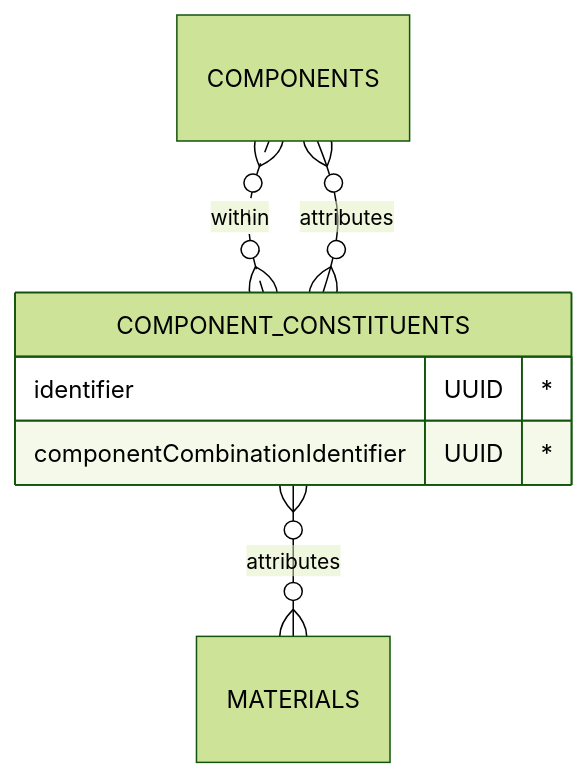
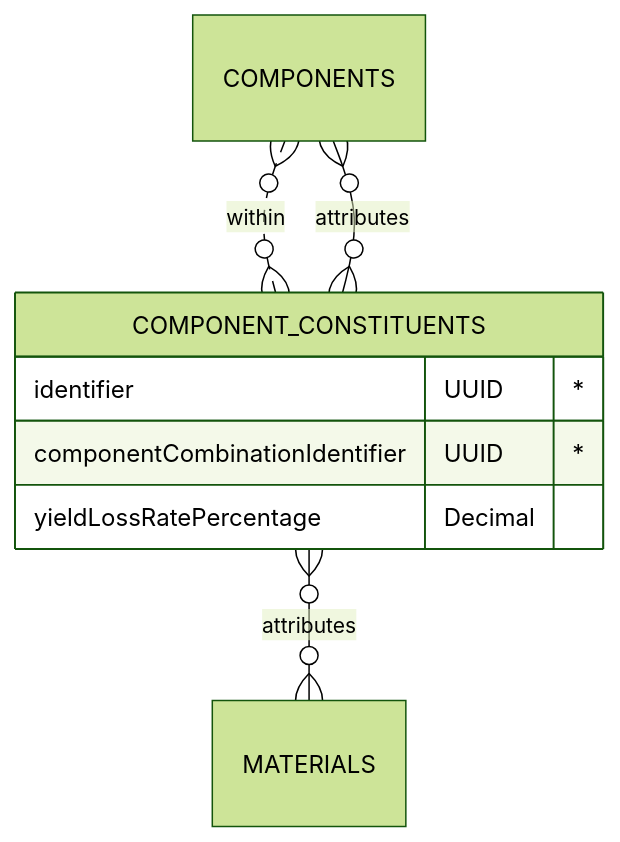
The diagram in docs/constituent-lists/component-constituents.md (OpenDataManchester/OSTFD), drawn with Mermaid (forest theme) before and after one commit. The commit also changed other lines of this file and 1 other file, not shown here.

Commit message:
Add yieldLossRatePercentage to Component Constituents

````diff
--- a/docs/constituent-lists/component-constituents.md
+++ b/docs/constituent-lists/component-constituents.md
@@ -18,11 +19,12 @@
 ``` mermaid
 erDiagram
 
   COMPONENTS }o..o{ COMPONENT_CONSTITUENTS : within
   COMPONENT_CONSTITUENTS {
     identifier UUID "*"
     componentCombinationIdentifier UUID "*"
+    yieldLossRatePercentage Decimal
   }
   COMPONENT_CONSTITUENTS }o--o{ MATERIALS : attributes
   COMPONENT_CONSTITUENTS }o--o{ COMPONENTS : attributes
 ```
````
